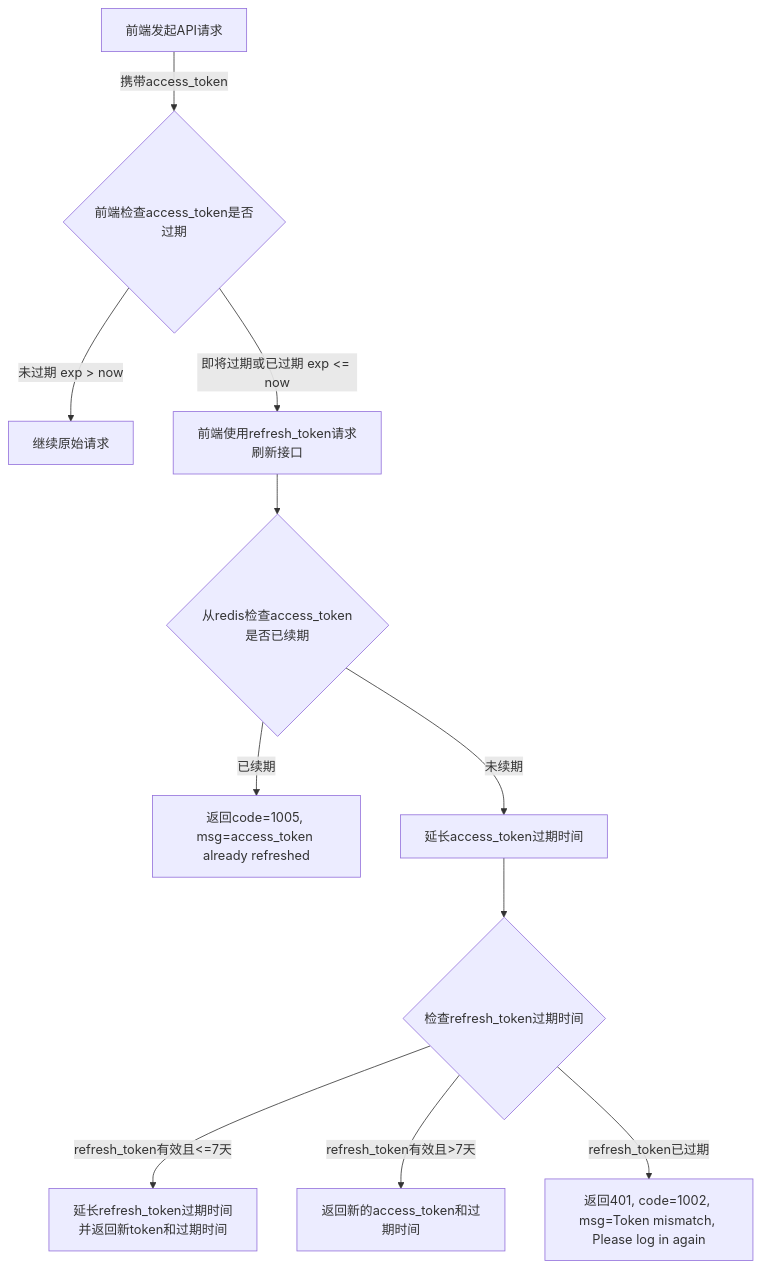
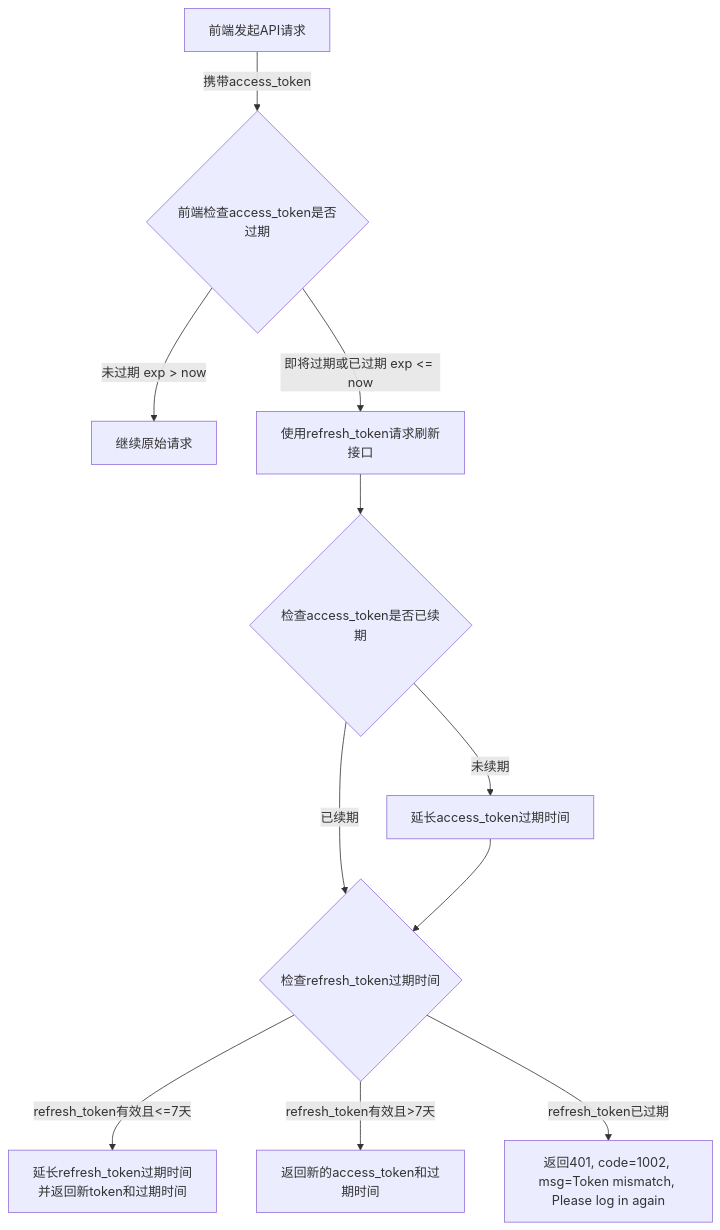
The diagram in all/openAPI-17.md (yingjianzh/iodraw-files), drawn with Mermaid before and after one commit.

Commit message:
2025-01-08 18:29:33 update

````diff
--- a/all/openAPI-17.md
+++ b/all/openAPI-17.md
@@ -1,14 +1,13 @@
 ```mermaid
 flowchart TD
     A[前端发起API请求] -->|携带access_token| B{前端检查access_token是否过期}
     B -->|未过期 exp > now| C[继续原始请求]
-    B -->|即将过期或已过期 exp <= now| D[前端使用refresh_token请求刷新接口]
-    D --> E{从redis检查access_token是否已续期}
-    E -->|已续期| F[返回code=1005, msg=access_token already refreshed]
-    E -->|未续期| G[延长access_token过期时间]
-    G --> H{检查refresh_token过期时间}
-    H -->|refresh_token有效且<=7天| I[延长refresh_token过期时间并返回新token和过期时间]
-    H -->|refresh_token有效且>7天| J[返回新的access_token和过期时间]
-    H -->|refresh_token已过期| K[返回401, code=1002, msg=Token mismatch, Please log in again]
+    B -->|即将过期或已过期 exp <= now| D[使用refresh_token请求刷新接口]
+    D --> E{检查access_token是否已续期}
+    E -->|已续期| F{检查refresh_token过期时间}
+    E -->|未续期| G[延长access_token过期时间] --> F
+    F -->|refresh_token有效且<=7天| H[延长refresh_token过期时间并返回新token和过期时间]
+    F -->|refresh_token有效且>7天| I[返回新的access_token和过期时间]
+    F -->|refresh_token已过期| J[返回401, code=1002, msg=Token mismatch, Please log in again]
 
 ```
````
